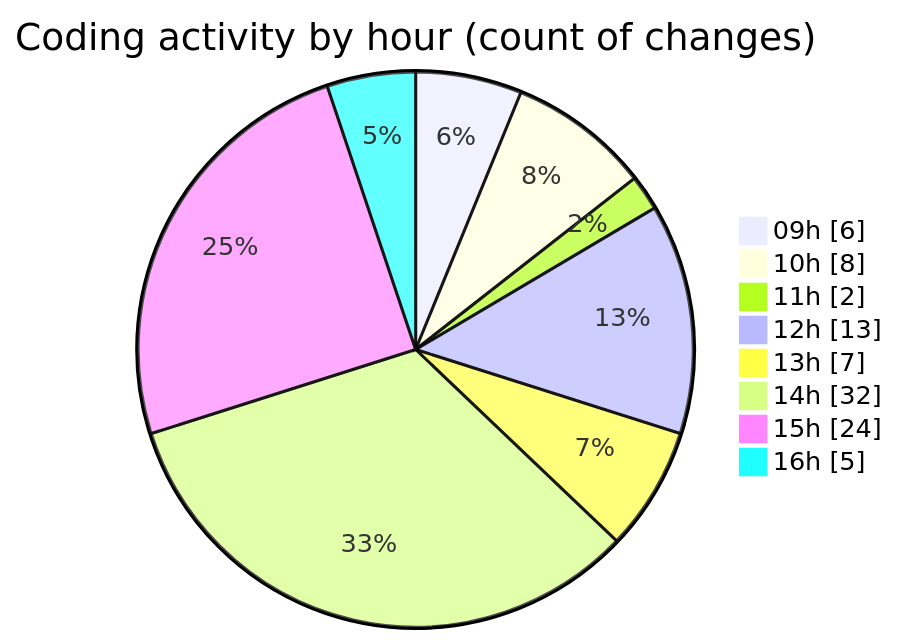
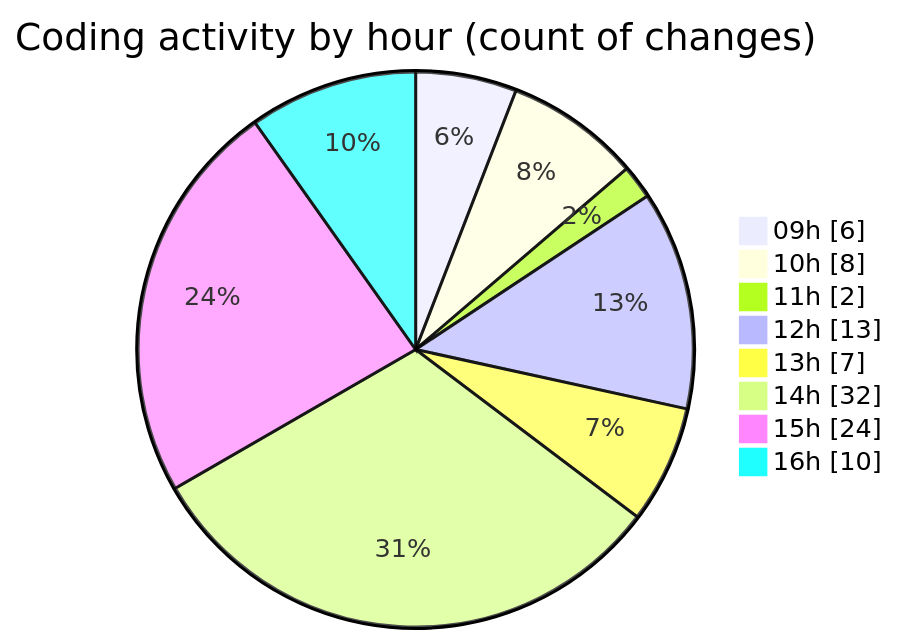
One commit to momahboobian/code-tracking changed the second of 2 diagrams in 2026-08-13/cda/README.md. Above: the diagram before and after it, drawn with Mermaid. The commit also changed other lines of this file and 1 other file, not shown here.

````diff
--- a/2026-08-13/cda/README.md
+++ b/2026-08-13/cda/README.md
@@ -59,12 +59,12 @@
 ```mermaid
 pie showData
 title Coding activity by hour (count of changes)
 "09h" : 6
 "10h" : 8
 "11h" : 2
 "12h" : 13
 "13h" : 7
 "14h" : 32
 "15h" : 24
-"16h" : 5
+"16h" : 10
 ```
````
